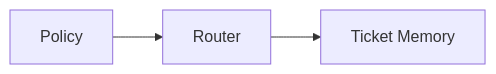
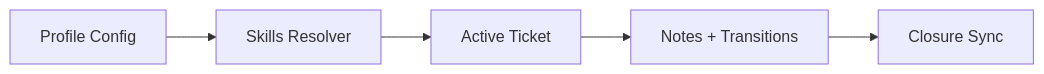
One commit to Synaptic724/context_compass changed the diagram in src/codex/context_compass/examples/example_components/src_components.md. Above: the diagram before and after it, drawn with Mermaid. The commit also changed other lines of this file and 36 other files, not shown here.

````diff
--- a/src/codex/context_compass/examples/example_components/src_components.md
+++ b/src/codex/context_compass/examples/example_components/src_components.md
@@ -56,5 +101,7 @@
 ```mermaid
 flowchart LR
-  P[Policy] --> R[Router]
-  R --> T[Ticket Memory]
+  P[Profile Config] --> S[Skills Resolver]
+  S --> T[Active Ticket]
+  T --> N[Notes + Transitions]
+  N --> C[Closure Sync]
 ```
````
